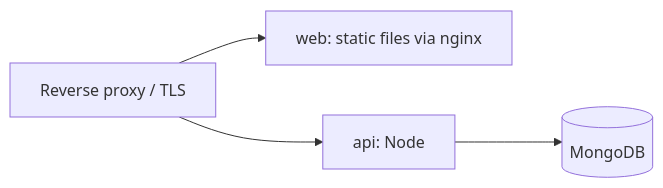
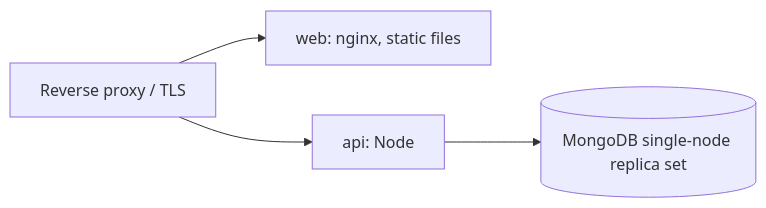
Before and after one commit to alwahab20089-crypto/Estateflow_CRM: the third of 3 diagrams in docs/SYSTEM_ARCHITECTURE.md, drawn with Mermaid. The commit also changed other lines of this file and 11 other files, not shown here.

````diff
--- a/docs/SYSTEM_ARCHITECTURE.md
+++ b/docs/SYSTEM_ARCHITECTURE.md
@@ -83,6 +88,6 @@
 ```mermaid
 flowchart LR
-  Proxy[Reverse proxy / TLS] --> Web[web: static files via nginx]
+  Proxy[Reverse proxy / TLS] --> Web[web: nginx, static files]
   Proxy --> Api[api: Node]
-  Api --> Mongo[(MongoDB)]
+  Api --> Mongo[(MongoDB single-node replica set)]
 ```
````
